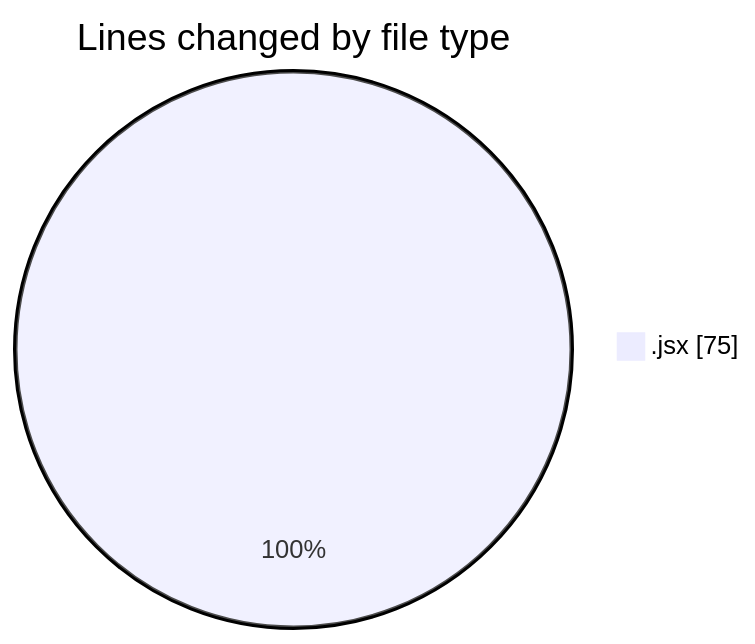
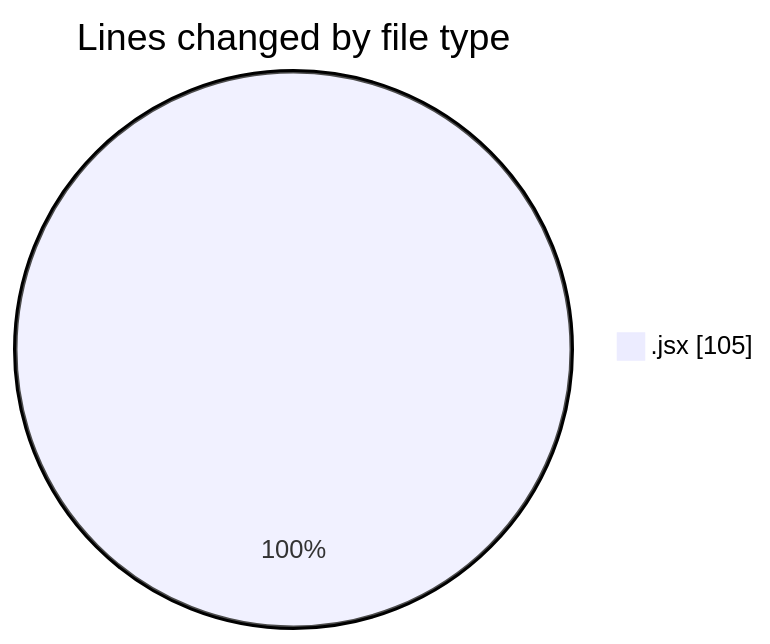
The first of 2 diagrams in 2025-06-05/nxtqube_webapp/README.md (nxtqubesakshisongat/code-tracking), drawn with Mermaid before and after one commit. The commit also changed other lines of this file and 1 other file, not shown here.

````diff
--- a/2025-06-05/nxtqube_webapp/README.md
+++ b/2025-06-05/nxtqube_webapp/README.md
@@ -21,5 +21,5 @@
 ```mermaid
 pie showData
 title Lines changed by file type
-".jsx" : 75
+".jsx" : 105
 ```
````
